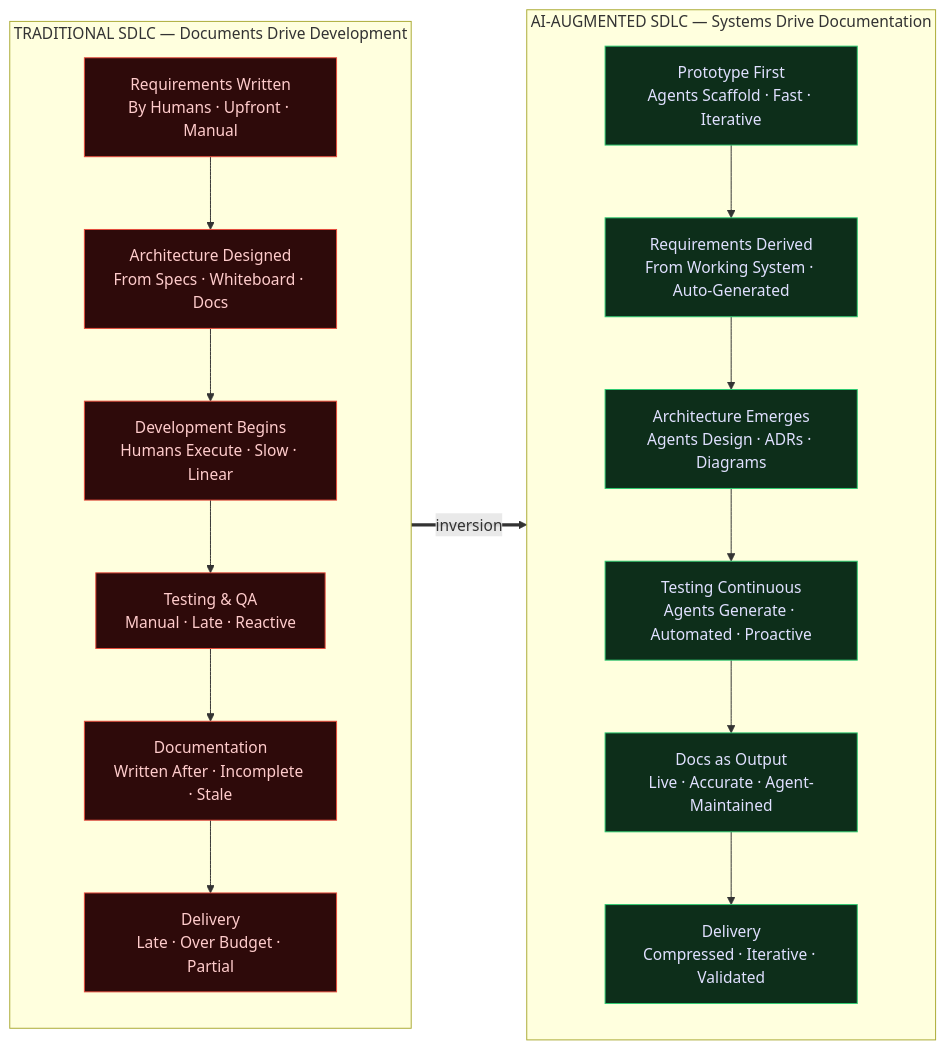
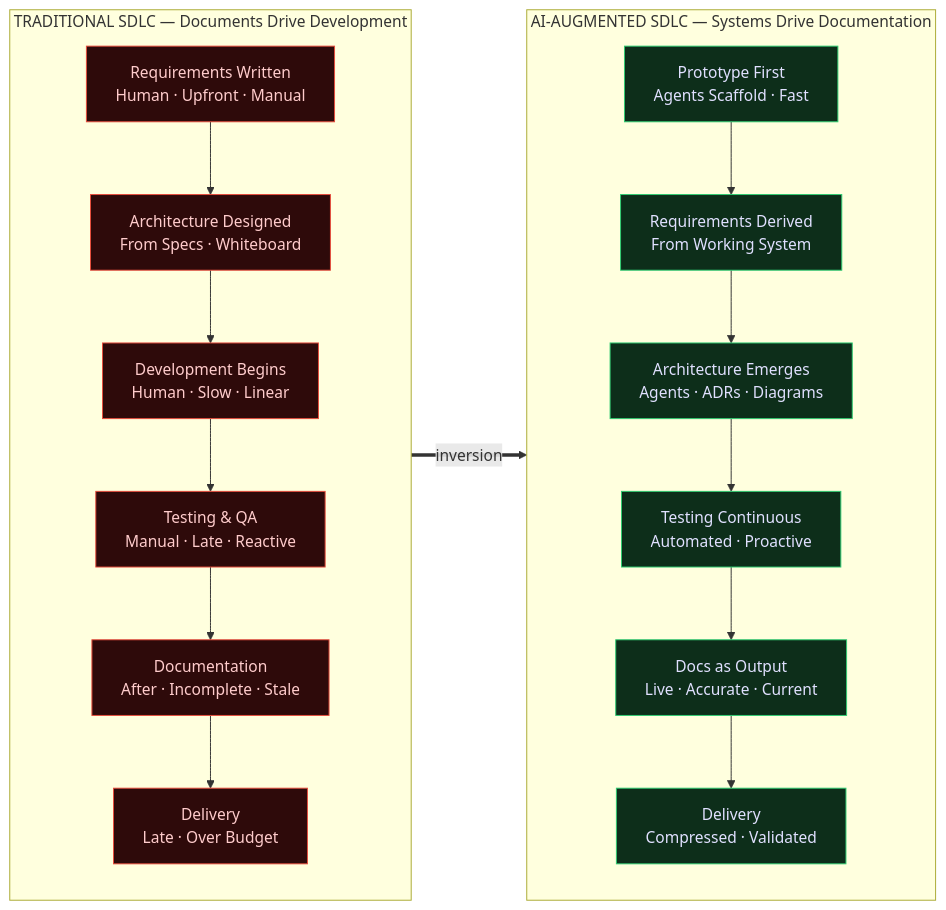
Before and after one commit to bryancalabro/bryancalabro: the third of 11 diagrams in README.md, drawn with Mermaid. The commit also changed other lines of this file and 1 other file, not shown here.

````diff
--- a/README.md
+++ b/README.md
@@ -136,32 +136,32 @@
 ```mermaid
 flowchart LR
     subgraph BEFORE["TRADITIONAL SDLC — Documents Drive Development"]
         direction TB
-        B1["Requirements Written<br/>By Humans · Upfront · Manual"]
-        B2["Architecture Designed<br/>From Specs · Whiteboard · Docs"]
-        B3["Development Begins<br/>Humans Execute · Slow · Linear"]
+        B1["Requirements Written<br/>Human · Upfront · Manual"]
+        B2["Architecture Designed<br/>From Specs · Whiteboard"]
+        B3["Development Begins<br/>Human · Slow · Linear"]
         B4["Testing & QA<br/>Manual · Late · Reactive"]
-        B5["Documentation<br/>Written After · Incomplete · Stale"]
-        B6["Delivery<br/>Late · Over Budget · Partial"]
+        B5["Documentation<br/>After · Incomplete · Stale"]
+        B6["Delivery<br/>Late · Over Budget"]
         B1 --> B2 --> B3 --> B4 --> B5 --> B6
     end
 
     BEFORE ==>|inversion| AFTER
 
     subgraph AFTER["AI-AUGMENTED SDLC — Systems Drive Documentation"]
         direction TB
-        A1["Prototype First<br/>Agents Scaffold · Fast · Iterative"]
-        A2["Requirements Derived<br/>From Working System · Auto-Generated"]
-        A3["Architecture Emerges<br/>Agents Design · ADRs · Diagrams"]
-        A4["Testing Continuous<br/>Agents Generate · Automated · Proactive"]
-        A5["Docs as Output<br/>Live · Accurate · Agent-Maintained"]
-        A6["Delivery<br/>Compressed · Iterative · Validated"]
+        A1["Prototype First<br/>Agents Scaffold · Fast"]
+        A2["Requirements Derived<br/>From Working System"]
+        A3["Architecture Emerges<br/>Agents · ADRs · Diagrams"]
+        A4["Testing Continuous<br/>Automated · Proactive"]
+        A5["Docs as Output<br/>Live · Accurate · Current"]
+        A6["Delivery<br/>Compressed · Validated"]
         A1 --> A2 --> A3 --> A4 --> A5 --> A6
     end
 
     classDef beforeStyle fill:#2e0a0a,stroke:#e74c3c,color:#ffcccc
     classDef afterStyle fill:#0d2e1a,stroke:#2ecc71,color:#e0e0ff
 
     class B1,B2,B3,B4,B5,B6 beforeStyle
     class A1,A2,A3,A4,A5,A6 afterStyle
 ```
````
